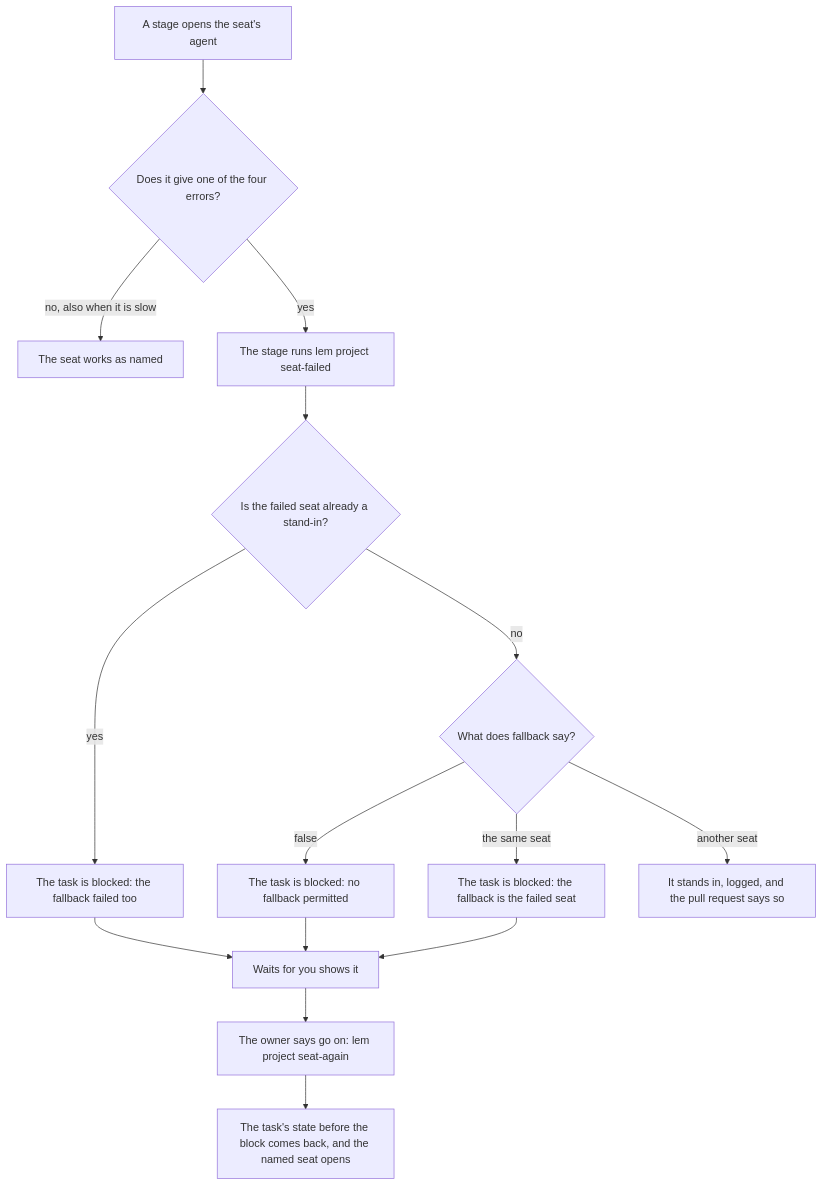
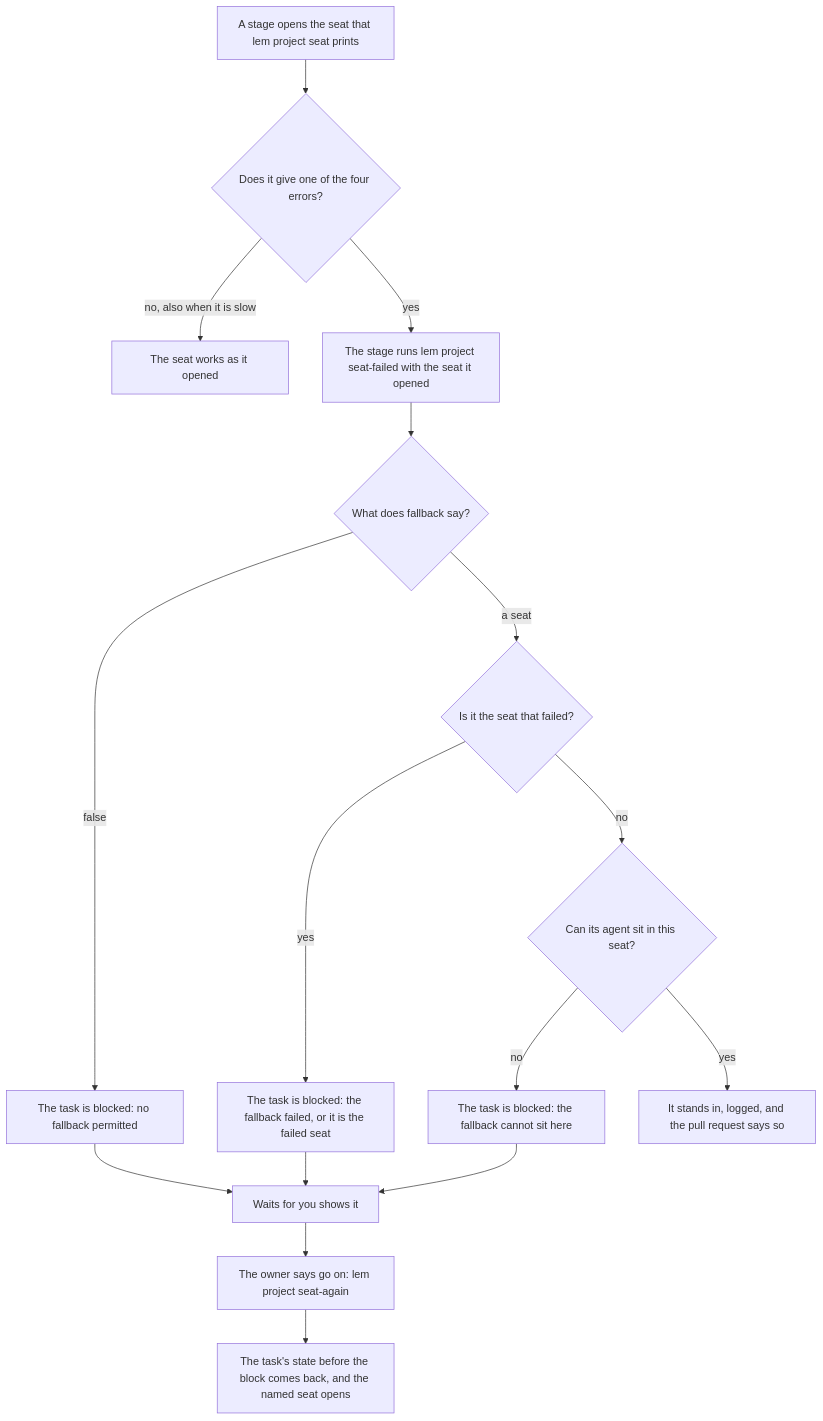
The diagram in docs/plans/2026-11-23-seat-defaults-and-fallback.md (pySilver/lem), drawn with Mermaid before and after one commit. The commit also changed other lines of this file, not shown here.

First line of the commit message:
docs(plan): the seat in use has one place, a talk keeps its turns, a quiet talk wakes the lead

````diff
--- a/docs/plans/2026-11-23-seat-defaults-and-fallback.md
+++ b/docs/plans/2026-11-23-seat-defaults-and-fallback.md
@@ -38,17 +38,18 @@
 ```mermaid
 flowchart TD
-  A["A stage opens the seat's agent"] --> B{"Does it give one of the four errors?"}
-  B -->|"no, also when it is slow"| C["The seat works as named"]
-  B -->|"yes"| D["The stage runs lem project seat-failed"]
-  D --> E{"Is the failed seat already a stand-in?"}
-  E -->|"yes"| F["The task is blocked: the fallback failed too"]
-  E -->|"no"| G{"What does fallback say?"}
+  A["A stage opens the seat that lem project seat prints"] --> B{"Does it give one of the four errors?"}
+  B -->|"no, also when it is slow"| C["The seat works as it opened"]
+  B -->|"yes"| D["The stage runs lem project seat-failed with the seat it opened"]
+  D --> G{"What does fallback say?"}
   G -->|"false"| H["The task is blocked: no fallback permitted"]
-  G -->|"the same seat"| I["The task is blocked: the fallback is the failed seat"]
-  G -->|"another seat"| J["It stands in, logged, and the pull request says so"]
+  G -->|"a seat"| E{"Is it the seat that failed?"}
+  E -->|"yes"| F["The task is blocked: the fallback failed, or it is the failed seat"]
+  E -->|"no"| N{"Can its agent sit in this seat?"}
+  N -->|"no"| I["The task is blocked: the fallback cannot sit here"]
+  N -->|"yes"| J["It stands in, logged, and the pull request says so"]
   F --> K["Waits for you shows it"]
   H --> K
   I --> K
   K --> L["The owner says go on: lem project seat-again"]
   L --> M["The task's state before the block comes back, and the named seat opens"]
 ```
````
